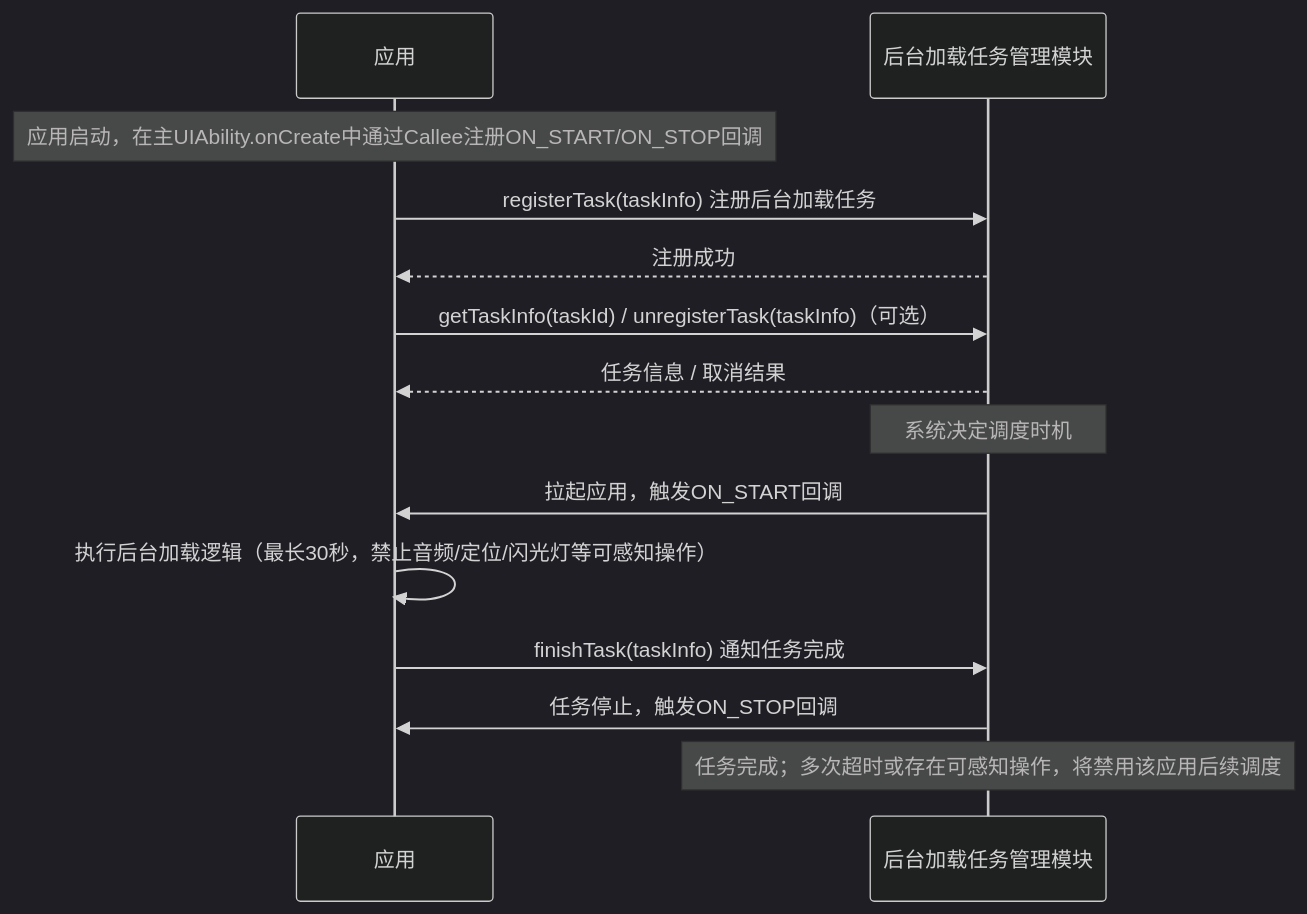
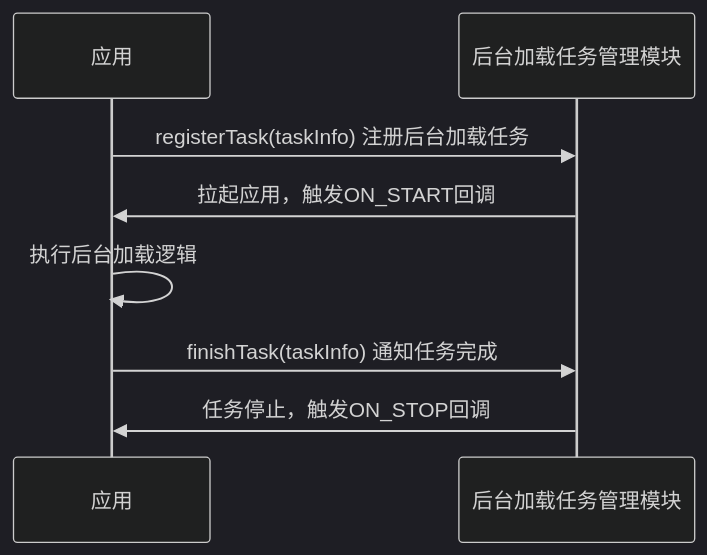
One commit to openharmony-rs/openharmony-docs changed the diagram in zh-cn/application-dev/task-management/background-loader.md. Above: the diagram before and after it, drawn with Mermaid (dark theme). The commit also changed other lines of this file, not shown here.

````diff
--- a/zh-cn/application-dev/task-management/background-loader.md
+++ b/zh-cn/application-dev/task-management/background-loader.md
@@ -19,16 +24,10 @@
 ```mermaid
 sequenceDiagram
     participant App as 应用
     participant Sys as 后台加载任务管理模块
-    Note over App: 应用启动，在主UIAbility.onCreate中通过Callee注册ON_START/ON_STOP回调
     App->>Sys: registerTask(taskInfo) 注册后台加载任务
-    Sys-->>App: 注册成功
-    App->>Sys: getTaskInfo(taskId) / unregisterTask(taskInfo)（可选）
-    Sys-->>App: 任务信息 / 取消结果
-    Note over Sys: 系统决定调度时机
     Sys->>App: 拉起应用，触发ON_START回调
-    App->>App: 执行后台加载逻辑（最长30秒，禁止音频/定位/闪光灯等可感知操作）
+    App->>App: 执行后台加载逻辑
     App->>Sys: finishTask(taskInfo) 通知任务完成
     Sys->>App: 任务停止，触发ON_STOP回调
-    Note over Sys: 任务完成；多次超时或存在可感知操作，将禁用该应用后续调度
 ```
````
